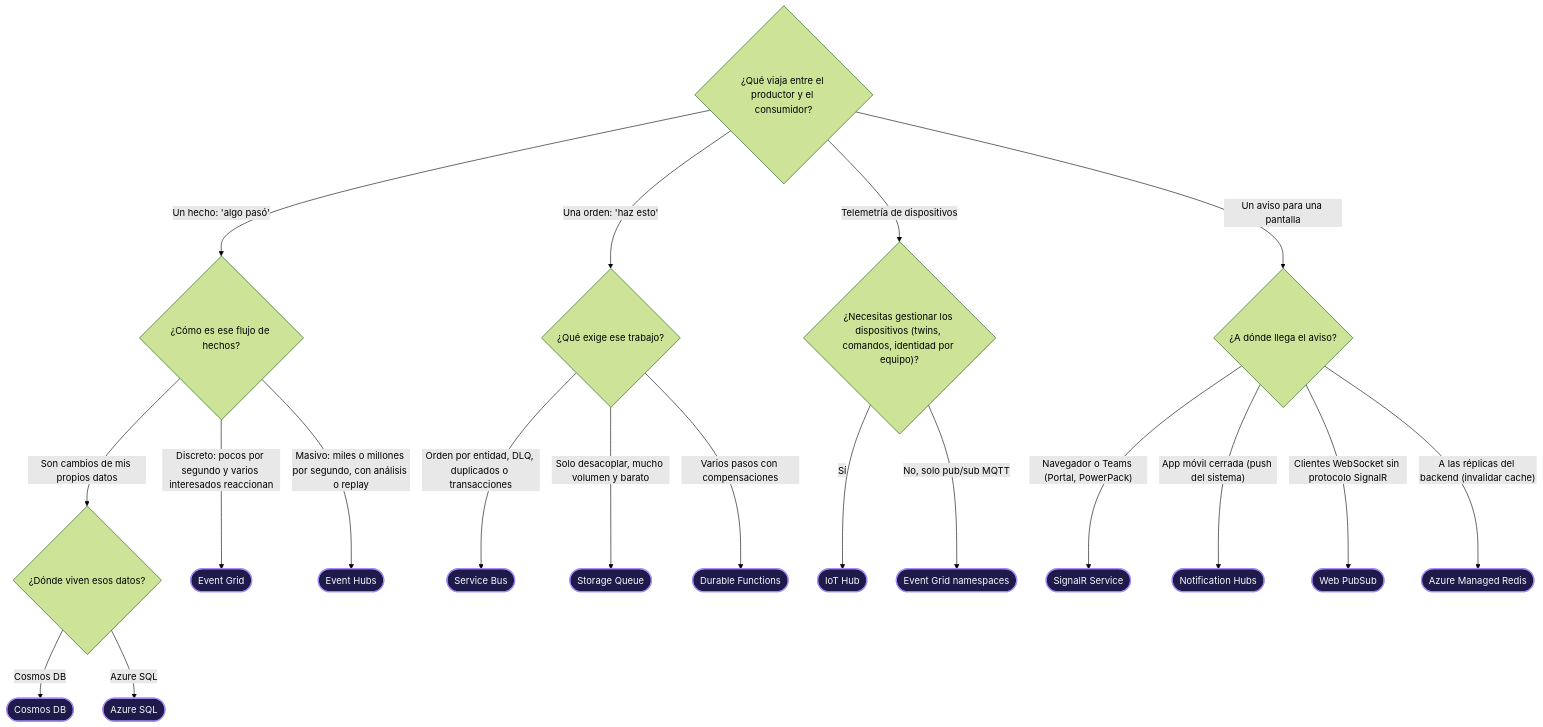
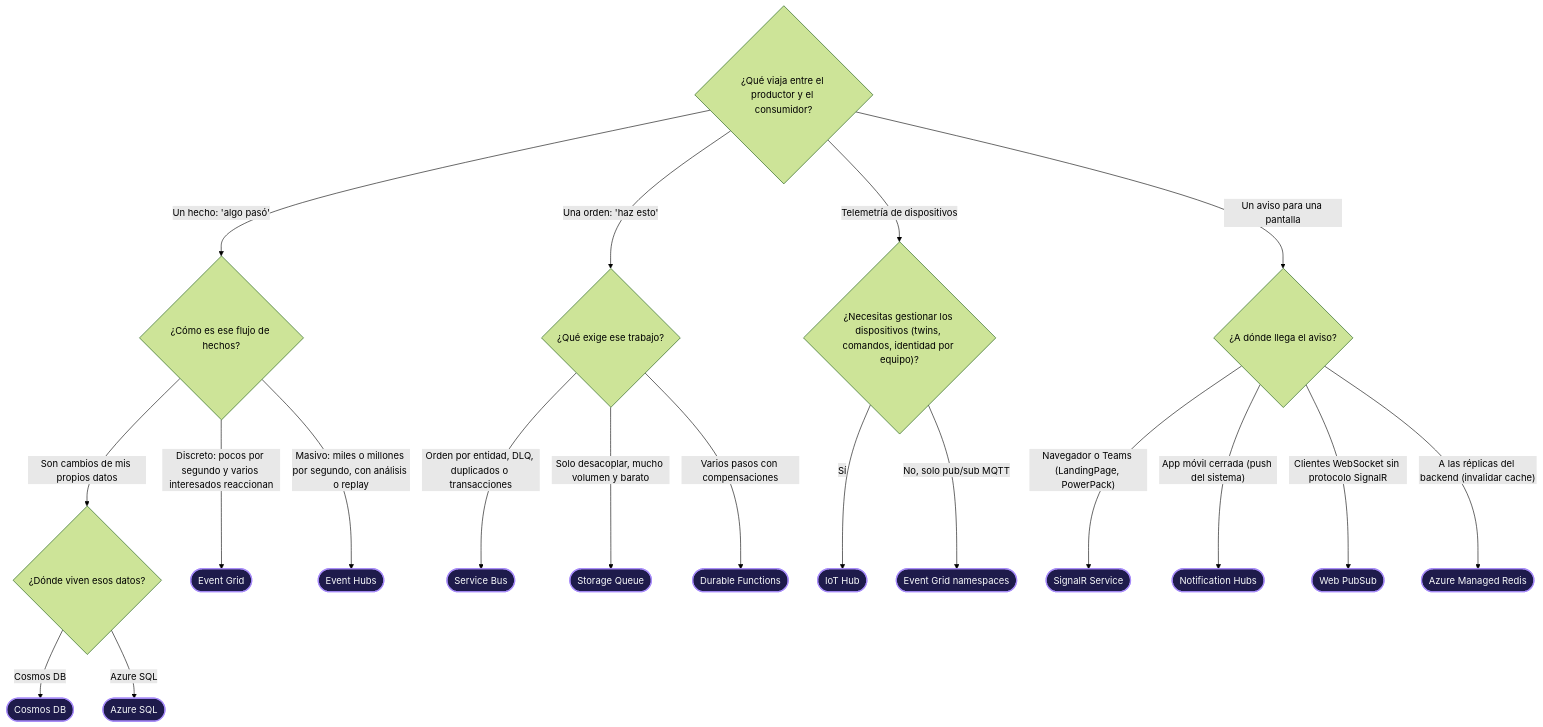
Before and after one commit to CristianSifuentes/QuickTheoryNET: the diagram in docs/13-guia-de-decision.md, drawn with Mermaid (forest theme). The commit also changed other lines of this file and 23 other files, not shown here.

First line of the commit message:
Rename the Portal project to LandingPage

````diff
--- a/docs/13-guia-de-decision.md
+++ b/docs/13-guia-de-decision.md
@@ -7,33 +7,33 @@
 ```mermaid
 flowchart TD
     Q_start{"¿Qué viaja entre el productor y el consumidor?"}
     Q_fact{"¿Cómo es ese flujo de hechos?"}
     Q_data{"¿Dónde viven esos datos?"}
     Q_cmd{"¿Qué exige ese trabajo?"}
     Q_iot{"¿Necesitas gestionar los dispositivos (twins, comandos, identidad por equipo)?"}
     Q_ui{"¿A dónde llega el aviso?"}
     Q_start -->|"Un hecho: 'algo pasó'"| Q_fact
     Q_start -->|"Una orden: 'haz esto'"| Q_cmd
     Q_start -->|"Telemetría de dispositivos"| Q_iot
     Q_start -->|"Un aviso para una pantalla"| Q_ui
     Q_fact -->|"Discreto: pocos por segundo y varios interesados reaccionan"| R_eventgrid_fact(["Event Grid"]):::B
     Q_fact -->|"Masivo: miles o millones por segundo, con análisis o replay"| R_eventhubs_fact(["Event Hubs"]):::B
     Q_fact -->|"Son cambios de mis propios datos"| Q_data
     Q_data -->|"Cosmos DB"| R_cosmos_data(["Cosmos DB"]):::B
     Q_data -->|"Azure SQL"| R_sql_data(["Azure SQL"]):::B
     Q_cmd -->|"Orden por entidad, DLQ, duplicados o transacciones"| R_servicebus_cmd(["Service Bus"]):::B
     Q_cmd -->|"Solo desacoplar, mucho volumen y barato"| R_storagequeue_cmd(["Storage Queue"]):::B
     Q_cmd -->|"Varios pasos con compensaciones"| R_durable_cmd(["Durable Functions"]):::B
     Q_iot -->|"Sí"| R_iothub_iot(["IoT Hub"]):::B
     Q_iot -->|"No, solo pub/sub MQTT"| R_egns_iot(["Event Grid namespaces"]):::B
-    Q_ui -->|"Navegador o Teams (Portal, PowerPack)"| R_signalr_ui(["SignalR Service"]):::B
+    Q_ui -->|"Navegador o Teams (LandingPage, PowerPack)"| R_signalr_ui(["SignalR Service"]):::B
     Q_ui -->|"App móvil cerrada (push del sistema)"| R_notifhubs_ui(["Notification Hubs"]):::B
     Q_ui -->|"Clientes WebSocket sin protocolo SignalR"| R_webpubsub_ui(["Web PubSub"]):::B
     Q_ui -->|"A las réplicas del backend (invalidar cache)"| R_redis_ui(["Azure Managed Redis"]):::B
     classDef P fill:#042F2E,stroke:#2DD4BF,color:#F8FAFC,stroke-width:2px
     classDef B fill:#1E1B4B,stroke:#A78BFA,color:#F8FAFC,stroke-width:2px
     classDef C fill:#3B1D0A,stroke:#FB923C,color:#F8FAFC,stroke-width:2px
     classDef D fill:#0C2744,stroke:#60A5FA,color:#F8FAFC,stroke-width:2px
     classDef S fill:#1A2E05,stroke:#A3E635,color:#F8FAFC,stroke-width:2px
     classDef X fill:#1E293B,stroke:#94A3B8,color:#F8FAFC,stroke-width:2px
 ```
````
